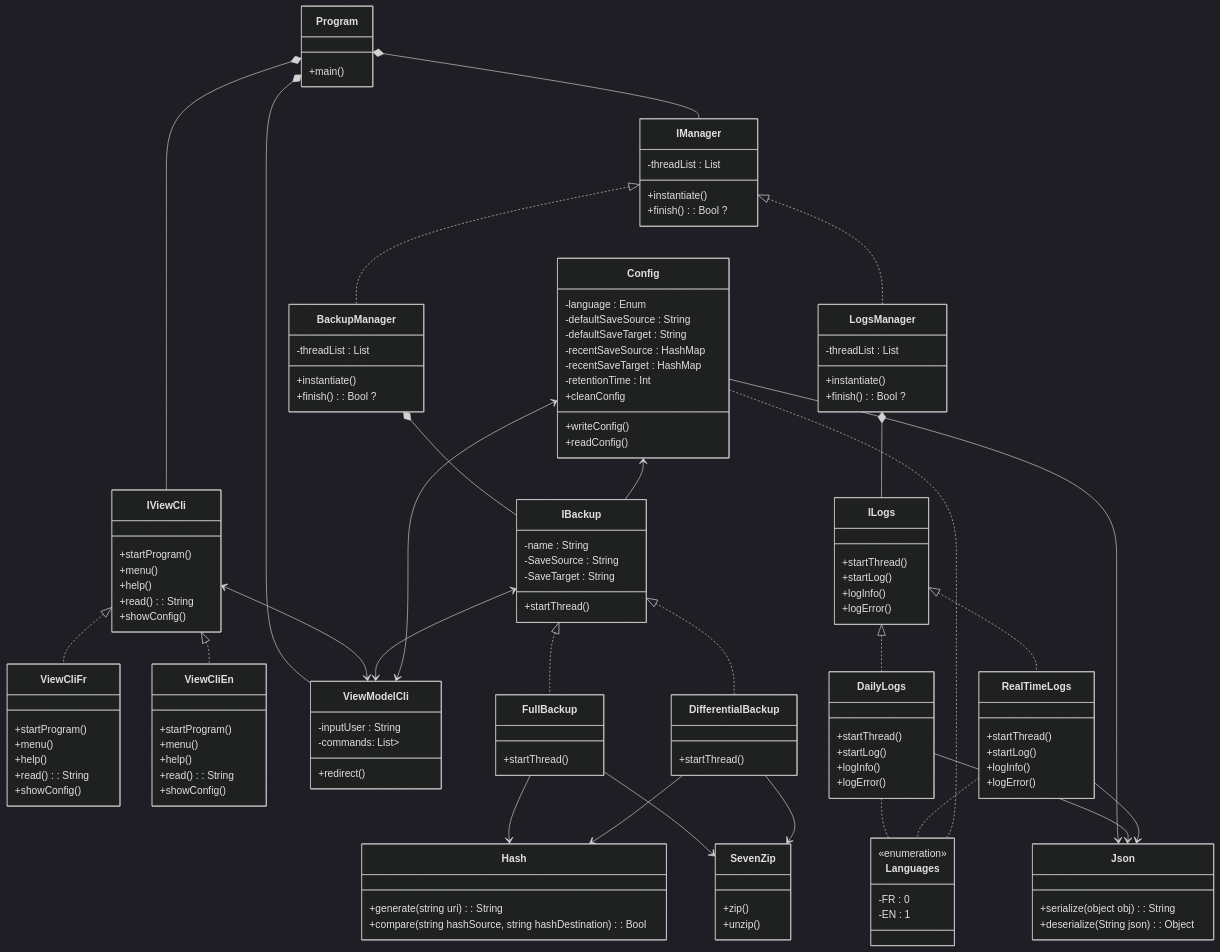
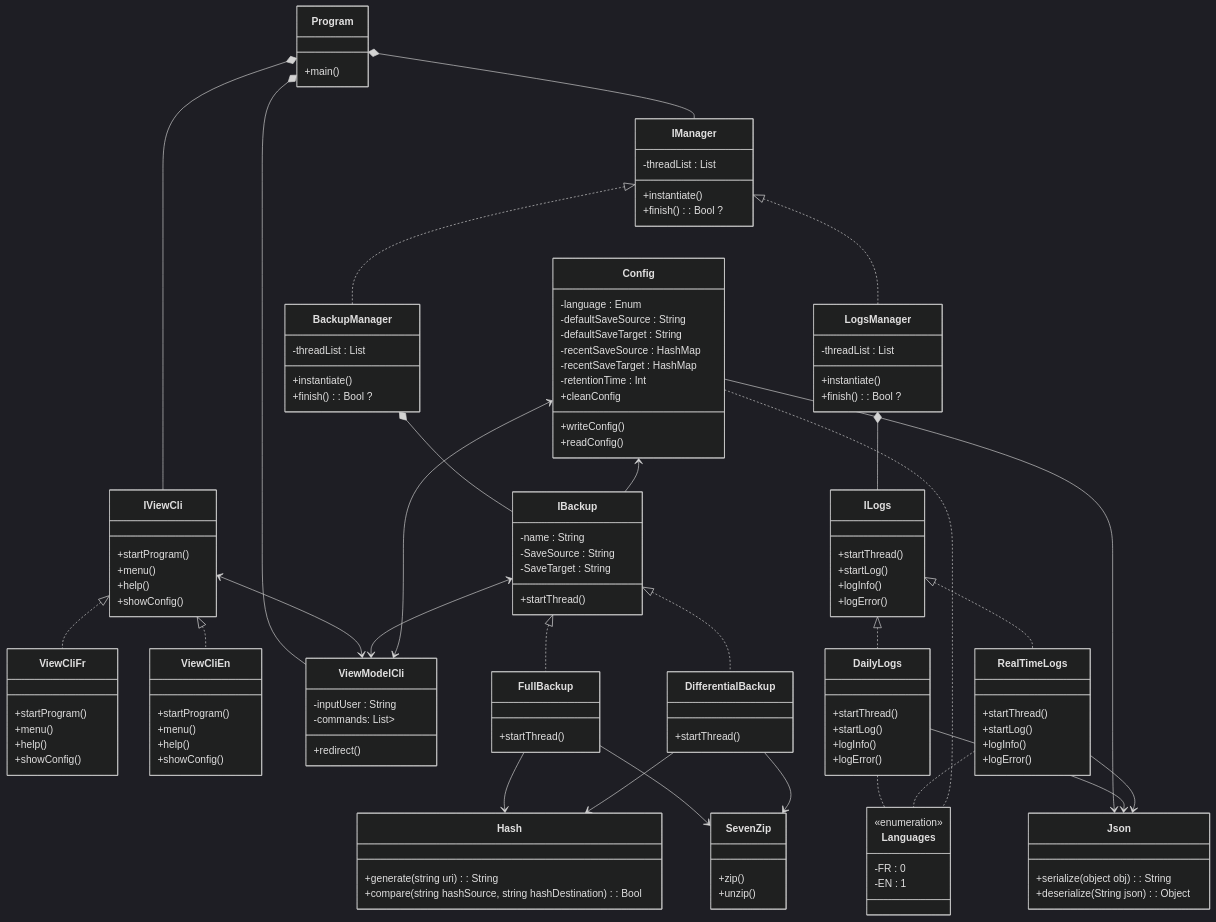
One commit to mboss7/CesiProgSys changed the diagram in diagClasse.md. Above: the diagram before and after it, drawn with Mermaid (dark theme). The commit also changed 3 other files, not shown here.

```diff
--- a/diagClasse.md
+++ b/diagClasse.md
@@ -7,21 +7,18 @@
 +startProgram()
 +menu()
 +help()
-+read(): String
 +showConfig()
 }
 class ViewCliFr{
 +startProgram()
 +menu()
 +help()
-+read() : String
 +showConfig()
 }
 class ViewCliEn{
 +startProgram()
 +menu()
 +help()
-+read() : String
 +showConfig()
 }
 class ViewModelCli{
```
